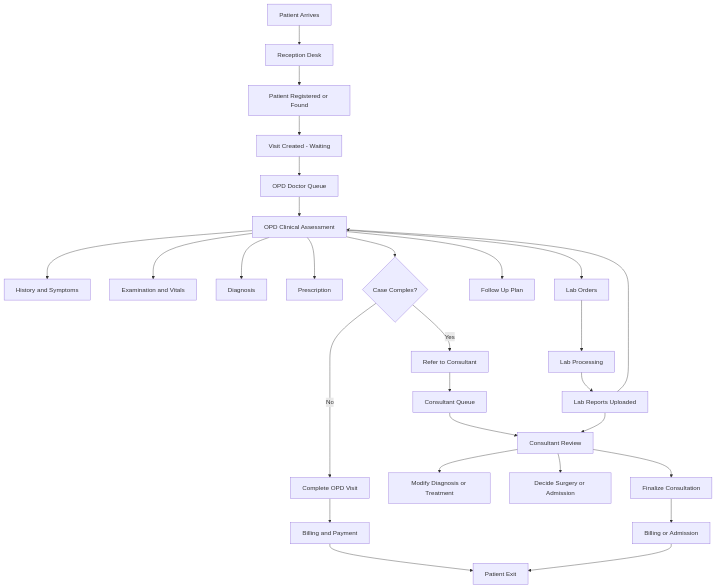
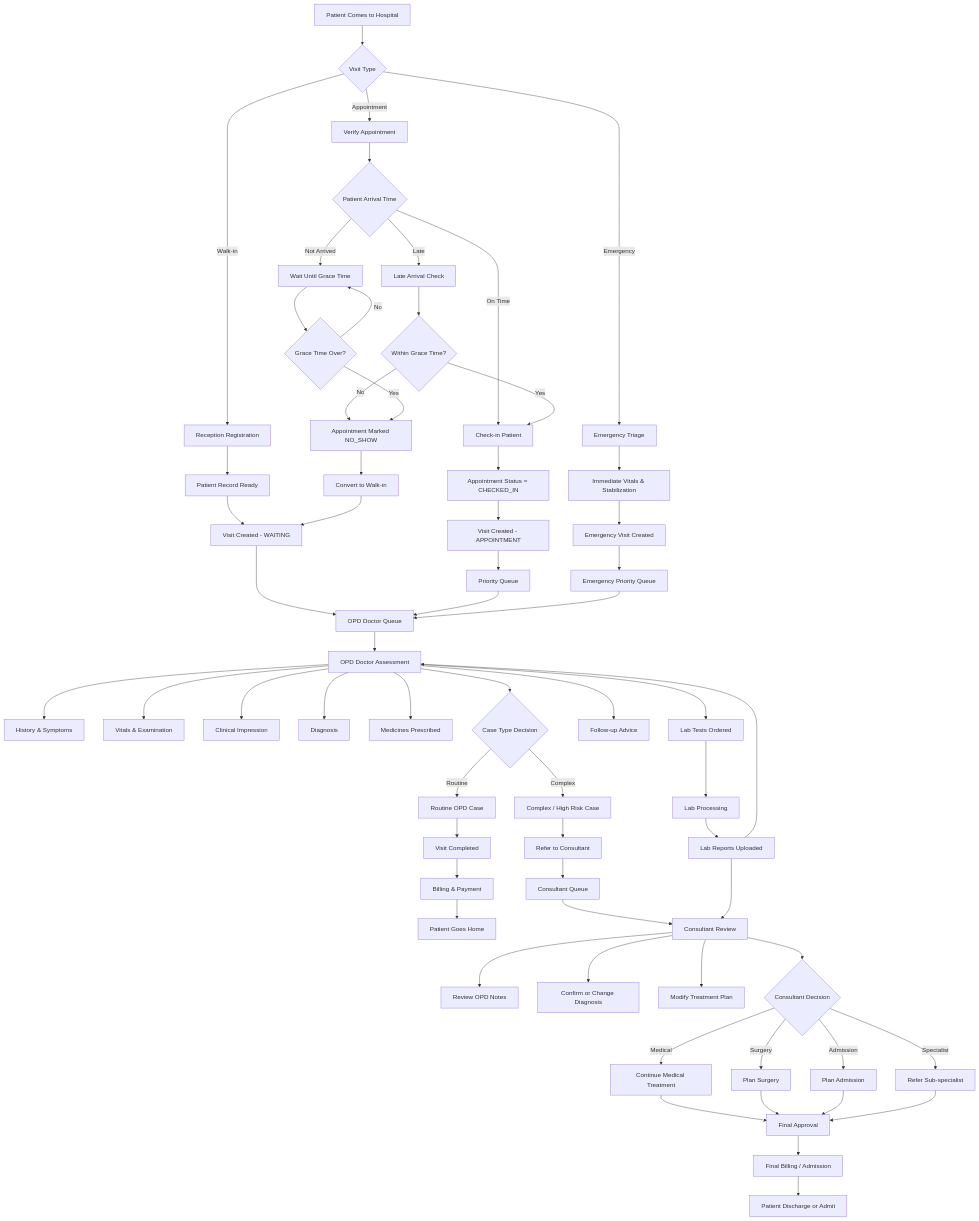
Before and after one commit to ByteByAbhay/medflow-docs: diagram 13 of 14 in README.md, drawn with Mermaid.

````diff
--- a/README.md
+++ b/README.md
@@ -1109,67 +1109,166 @@
 ```mermaid
 flowchart TD
 
-    A[Patient Arrives]
-    B[Reception Desk]
-    C[Patient Registered or Found]
-    D[Visit Created - Waiting]
-    E[OPD Doctor Queue]
-    F[OPD Clinical Assessment]
+    %% =========================
+    %% PATIENT ENTRY
+    %% =========================
+    A[Patient Comes to Hospital]
 
-    G[History and Symptoms]
-    H[Examination and Vitals]
-    I[Diagnosis]
-    J[Prescription]
-    K[Lab Orders]
-    L[Follow Up Plan]
+    A --> B{Visit Type}
 
-    M{Case Complex?}
+    %% =========================
+    %% WALK-IN FLOW
+    %% =========================
+    B -->|Walk-in| C[Reception Registration]
+    C --> D[Patient Record Ready]
+    D --> E[Visit Created - WAITING]
 
-    N[Complete OPD Visit]
-    O[Billing and Payment]
-    P[Patient Exit]
+    %% =========================
+    %% APPOINTMENT FLOW
+    %% =========================
+    B -->|Appointment| F[Verify Appointment]
 
-    Q[Refer to Consultant]
-    R[Consultant Queue]
-    S[Consultant Review]
-    T[Modify Diagnosis or Treatment]
-    U[Decide Surgery or Admission]
-    V[Finalize Consultation]
-    W[Billing or Admission]
+    F --> G{Patient Arrival Time}
 
-    X[Lab Processing]
-    Y[Lab Reports Uploaded]
+    G -->|On Time| H[Check-in Patient]
+    G -->|Late| I[Late Arrival Check]
+    G -->|Not Arrived| J[Wait Until Grace Time]
 
-    A --> B
-    B --> C
-    C --> D
-    D --> E
-    E --> F
+    %% On-time appointment
+    H --> K[Appointment Status = CHECKED_IN]
+    K --> L[Visit Created - APPOINTMENT]
+    L --> M[Priority Queue]
 
-    F --> G
-    F --> H
-    F --> I
-    F --> J
-    F --> K
-    F --> L
+    %% Late arrival handling
+    I --> N{Within Grace Time?}
+    N -->|Yes| H
+    N -->|No| O[Appointment Marked NO_SHOW]
+    O --> P[Convert to Walk-in]
+    P --> E
 
-    F --> M
+    %% No-show handling
+    J --> Q{Grace Time Over?}
+    Q -->|Yes| O
+    Q -->|No| J
 
-    M -->|No| N
-    N --> O
-    O --> P
+    %% =========================
+    %% EMERGENCY FLOW
+    %% =========================
+    B -->|Emergency| R[Emergency Triage]
+    R --> S[Immediate Vitals & Stabilization]
+    S --> T[Emergency Visit Created]
+    T --> U[Emergency Priority Queue]
 
-    M -->|Yes| Q
-    Q --> R
-    R --> S
-    S --> T
-    S --> U
-    S --> V
-    V --> W
-    W --> P
+    %% =========================
+    %% COMMON OPD QUEUE
+    %% =========================
+    E --> V[OPD Doctor Queue]
+    M --> V
+    U --> V
 
-    K --> X
-    X --> Y
-    Y --> F
-    Y --> S
+    %% =========================
+    %% OPD DOCTOR ASSESSMENT
+    %% =========================
+    V --> W[OPD Doctor Assessment]
+
+    W1[History & Symptoms]
+    W2[Vitals & Examination]
+    W3[Clinical Impression]
+    W4[Diagnosis]
+    W5[Medicines Prescribed]
+    W6[Lab Tests Ordered]
+    W7[Follow-up Advice]
+
+    W --> W1
+    W --> W2
+    W --> W3
+    W --> W4
+    W --> W5
+    W --> W6
+    W --> W7
+
+    %% =========================
+    %% OPD DECISION
+    %% =========================
+    X{Case Type Decision}
+
+    W --> X
+
+    %% =========================
+    %% ROUTINE CASE
+    %% =========================
+    Y[Routine OPD Case]
+    Z[Visit Completed]
+    AA[Billing & Payment]
+    AB[Patient Goes Home]
+
+    X -->|Routine| Y
+    Y --> Z
+    Z --> AA
+    AA --> AB
+
+    %% =========================
+    %% COMPLEX / HIGH-RISK CASE
+    %% =========================
+    AC[Complex / High Risk Case]
+    AD[Refer to Consultant]
+    AE[Consultant Queue]
+    AF[Consultant Review]
+
+    X -->|Complex| AC
+    AC --> AD
+    AD --> AE
+    AE --> AF
+
+    AF1[Review OPD Notes]
+    AF2[Confirm or Change Diagnosis]
+    AF3[Modify Treatment Plan]
+
+    AF --> AF1
+    AF --> AF2
+    AF --> AF3
+
+    %% =========================
+    %% CONSULTANT DECISION
+    %% =========================
+    AG{Consultant Decision}
+
+    AF --> AG
+
+    AH[Continue Medical Treatment]
+    AI[Plan Surgery]
+    AJ[Plan Admission]
+    AK[Refer Sub-specialist]
+
+    AG -->|Medical| AH
+    AG -->|Surgery| AI
+    AG -->|Admission| AJ
+    AG -->|Specialist| AK
+
+    %% =========================
+    %% FINALIZATION
+    %% =========================
+    AL[Final Approval]
+    AM[Final Billing / Admission]
+    AN[Patient Discharge or Admit]
+
+    AH --> AL
+    AI --> AL
+    AJ --> AL
+    AK --> AL
+
+    AL --> AM
+    AM --> AN
+
+    %% =========================
+    %% LAB FLOW
+    %% =========================
+    AO[Lab Processing]
+    AP[Lab Reports Uploaded]
+
+    W6 --> AO
+    AO --> AP
+    AP --> W
+    AP --> AF
+
 ```
````
